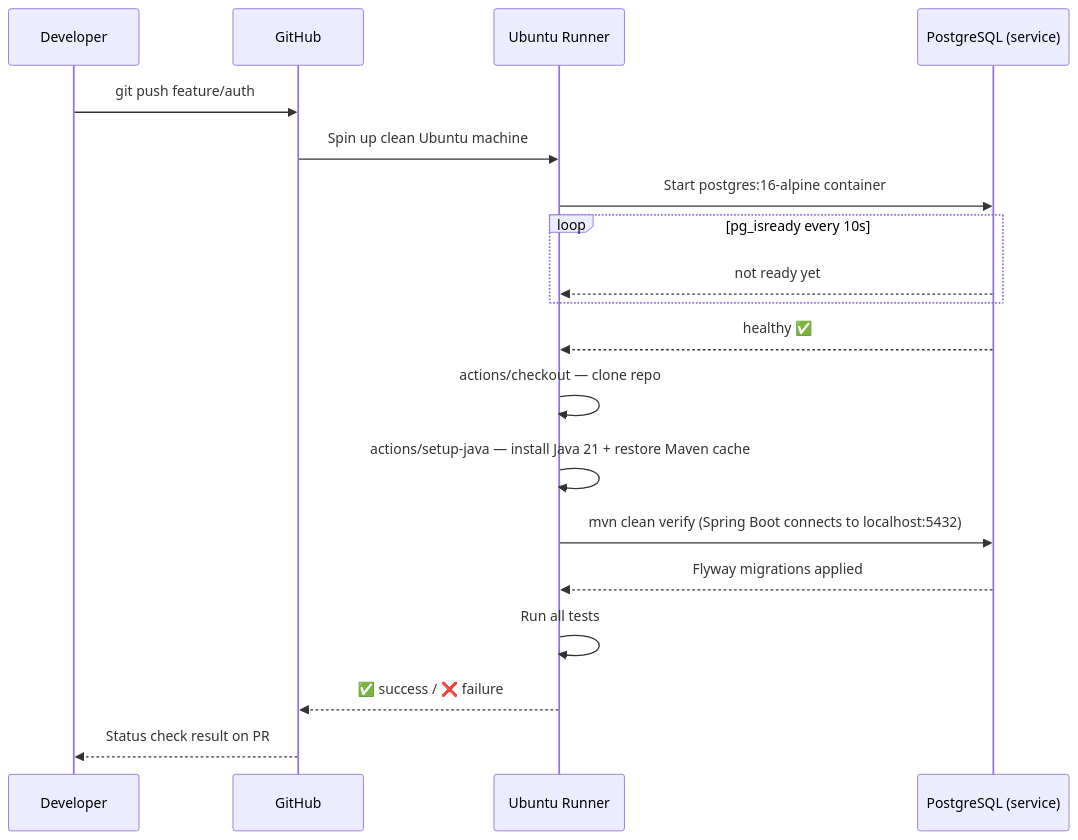
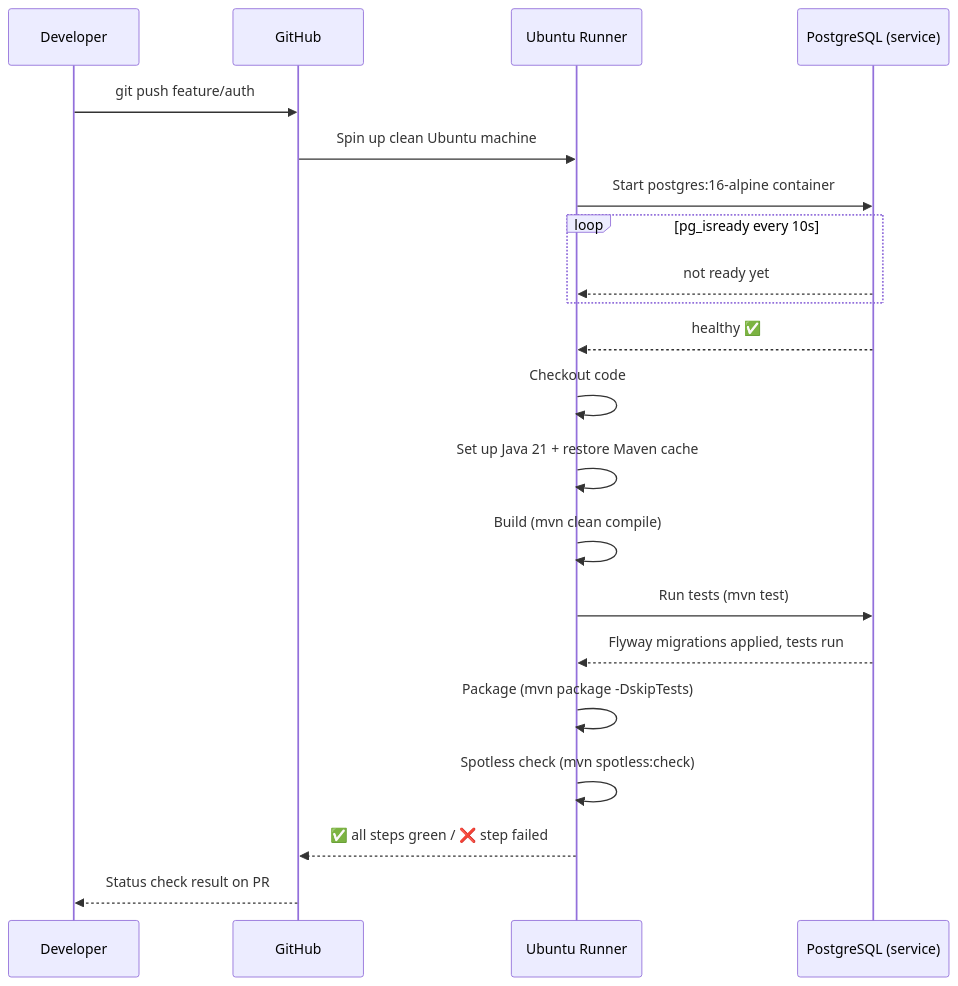
One commit to MaksymChalyi/Verdora-backend changed the first of 4 diagrams in docs/ci-cd/github-ci.md. Above: the diagram before and after it, drawn with Mermaid. The commit also changed other lines of this file and 1 other file, not shown here.

````diff
--- a/docs/ci-cd/github-ci.md
+++ b/docs/ci-cd/github-ci.md
@@ -16,22 +17,24 @@
 ```mermaid
 sequenceDiagram
     participant Dev as Developer
     participant GitHub
     participant Runner as Ubuntu Runner
     participant PG as PostgreSQL (service)
 
     Dev->>GitHub: git push feature/auth
     GitHub->>Runner: Spin up clean Ubuntu machine
     Runner->>PG: Start postgres:16-alpine container
     loop pg_isready every 10s
         PG-->>Runner: not ready yet
     end
     PG-->>Runner: healthy ✅
-    Runner->>Runner: actions/checkout — clone repo
-    Runner->>Runner: actions/setup-java — install Java 21 + restore Maven cache
-    Runner->>PG: mvn clean verify (Spring Boot connects to localhost:5432)
-    PG-->>Runner: Flyway migrations applied
-    Runner->>Runner: Run all tests
-    Runner-->>GitHub: ✅ success / ❌ failure
+    Runner->>Runner: Checkout code
+    Runner->>Runner: Set up Java 21 + restore Maven cache
+    Runner->>Runner: Build (mvn clean compile)
+    Runner->>PG: Run tests (mvn test)
+    PG-->>Runner: Flyway migrations applied, tests run
+    Runner->>Runner: Package (mvn package -DskipTests)
+    Runner->>Runner: Spotless check (mvn spotless:check)
+    Runner-->>GitHub: ✅ all steps green / ❌ step failed
     GitHub-->>Dev: Status check result on PR
 ```
````
